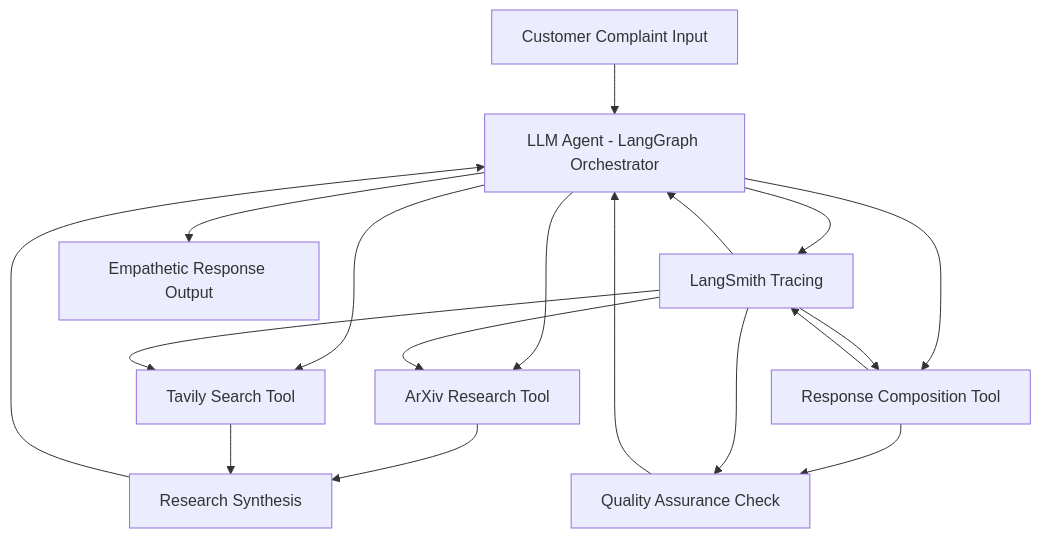
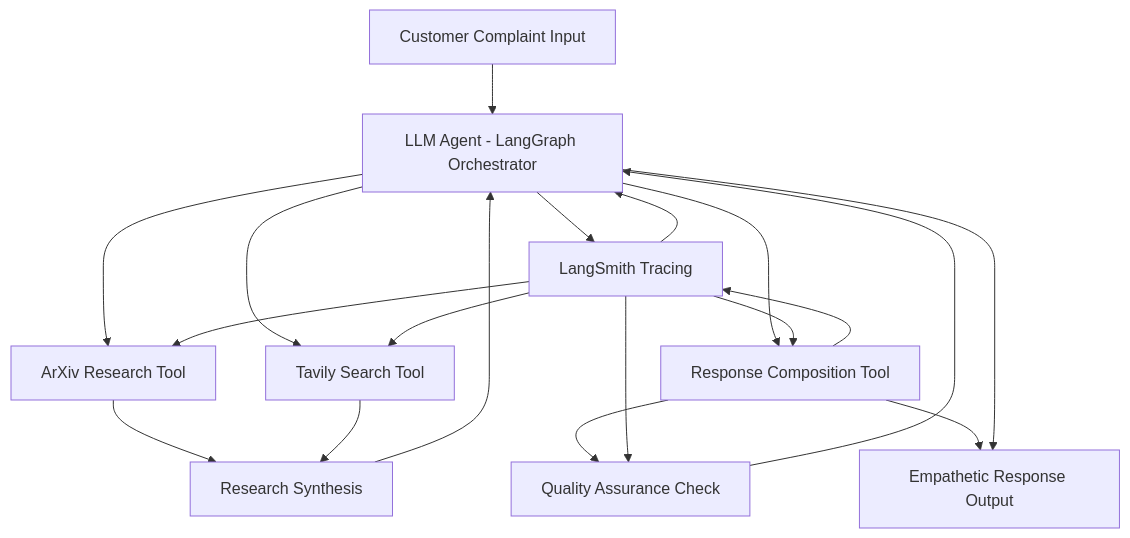
Before and after one commit to ovokpus/ReplySight: the diagram in README.md, drawn with Mermaid. The commit also changed other lines of this file and 6 other files, not shown here.

````diff
--- a/README.md
+++ b/README.md
@@ -365,26 +39,26 @@
 ```mermaid
 graph TD
     A[Customer Complaint Input] --> B[LLM Agent - LangGraph Orchestrator]
     B --> I[LangSmith Tracing]
 
     B --> C[ArXiv Research Tool]
     B --> D[Tavily Search Tool]
     B --> F[Response Composition Tool]
     
     C --> E[Research Synthesis]
     D --> E
     E --> B
     
-    
     F --> G[Quality Assurance Check]
     G --> B
     F --> I
     
     I --> B
     I --> C
     I --> D
     I --> F
     I --> G
 
-    B --> H[Empathetic Response Output]
+    F --> H[Empathetic Response Output]
+    B --> H
 ```
````
